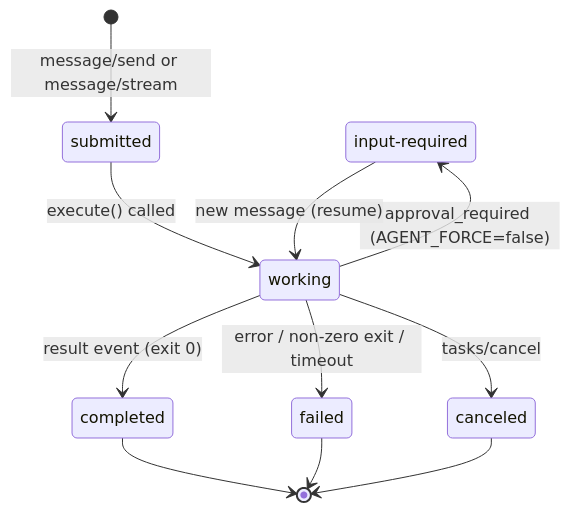
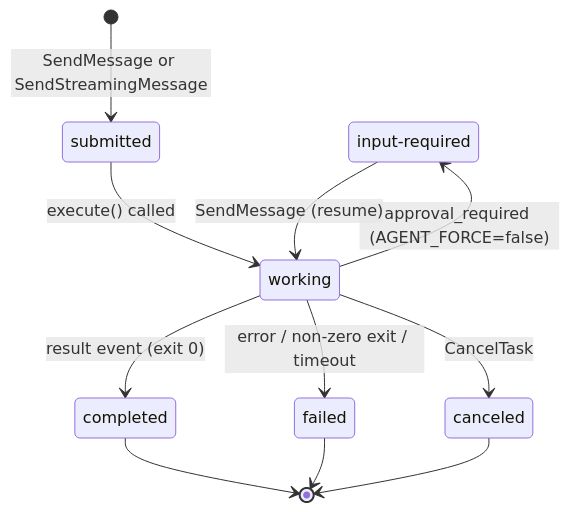
Before and after one commit to casabre/coding-agent-a2a: the fourth of 8 diagrams in docs/architecture.md, drawn with Mermaid. The commit also changed other lines of this file and 11 other files, not shown here.

````diff
--- a/docs/architecture.md
+++ b/docs/architecture.md
@@ -225,15 +225,15 @@
 ```mermaid
 stateDiagram-v2
     state "input-required" as input_required
 
-    [*]            --> submitted      : message/send or message/stream
+    [*]            --> submitted      : SendMessage or SendStreamingMessage
     submitted      --> working        : execute() called
     working        --> completed      : result event (exit 0)
     working        --> failed         : error / non-zero exit / timeout
-    working        --> canceled       : tasks/cancel
+    working        --> canceled       : CancelTask
     working        --> input_required : approval_required (AGENT_FORCE=false)
-    input_required --> working        : new message (resume)
+    input_required --> working        : SendMessage (resume)
     completed      --> [*]
     failed         --> [*]
     canceled       --> [*]
 ```
````
